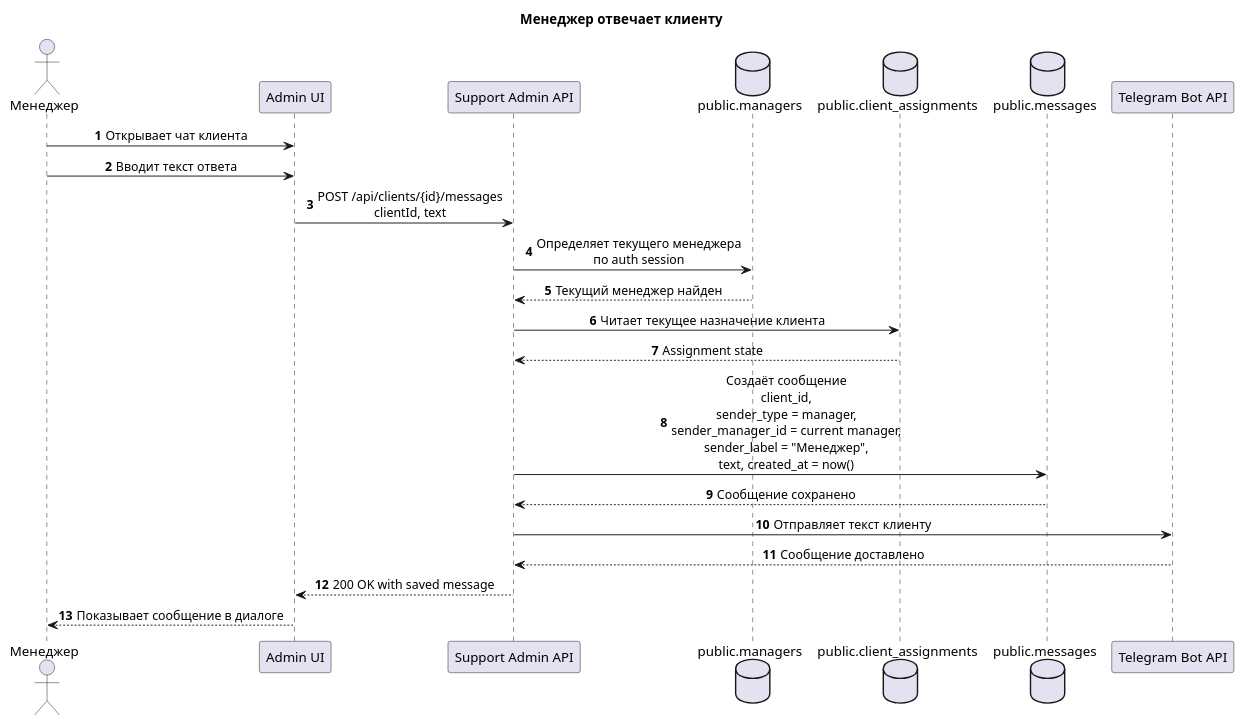
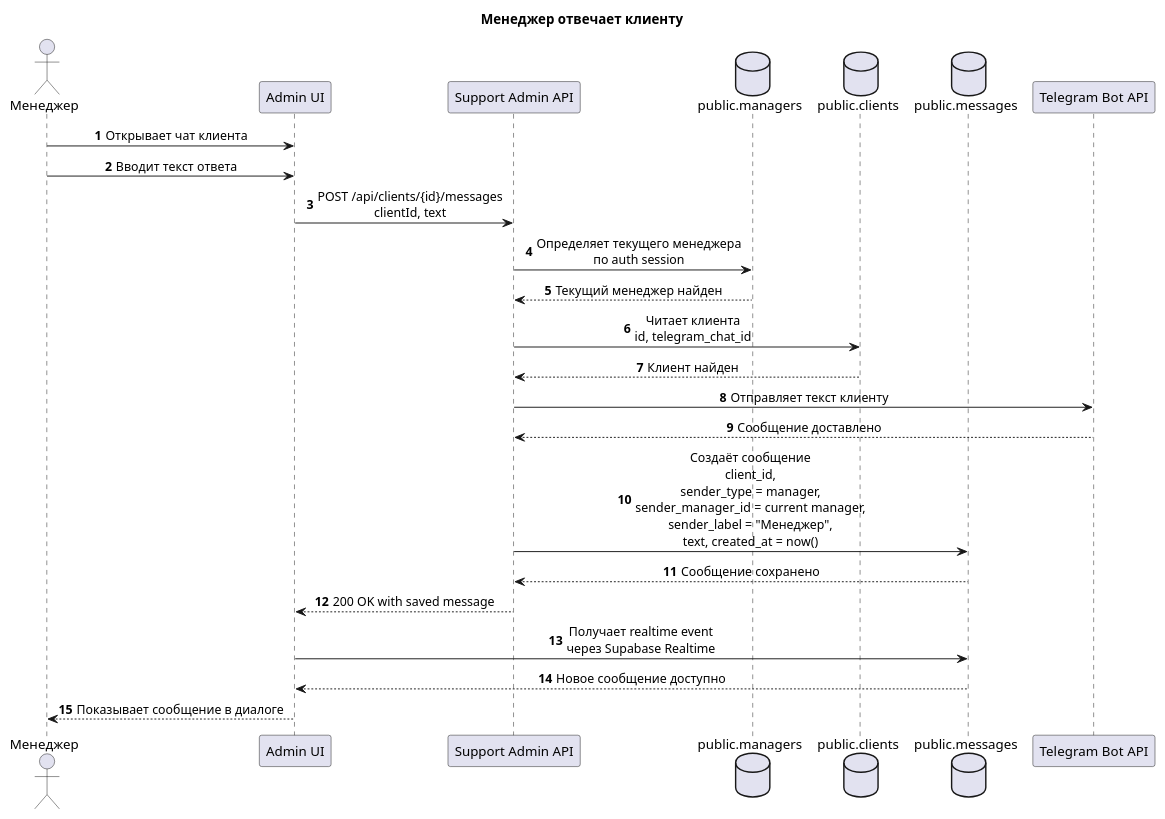
Before and after one commit to Ilja-Prihach/Full_Stack_Bot.-: the diagram in docs/sequence/03-manager-replies-to-client.puml, drawn with PlantUML. The commit also changed 4 other files, not shown here.

Commit message:
sync architecture diagrams with current implementation

```diff
--- a/docs/sequence/03-manager-replies-to-client.puml
+++ b/docs/sequence/03-manager-replies-to-client.puml
@@ -1,31 +1,33 @@
 @startuml
 title Менеджер отвечает клиенту
 
 autonumber
 skinparam shadowing false
 skinparam sequenceMessageAlign center
 skinparam responseMessageBelowArrow true
 
 actor "Менеджер" as manager
 participant "Admin UI" as ui
 participant "Support Admin API" as api
 database "public.managers" as managers
-database "public.client_assignments" as assignments
+database "public.clients" as clients
 database "public.messages" as messages
 participant "Telegram Bot API" as telegram
 
 manager -> ui : Открывает чат клиента
 manager -> ui : Вводит текст ответа
 ui -> api : POST /api/clients/{id}/messages\nclientId, text
 api -> managers : Определяет текущего менеджера\nпо auth session
 managers --> api : Текущий менеджер найден
-api -> assignments : Читает текущее назначение клиента
-assignments --> api : Assignment state
+api -> clients : Читает клиента\nid, telegram_chat_id
+clients --> api : Клиент найден
+api -> telegram : Отправляет текст клиенту
+telegram --> api : Сообщение доставлено
 api -> messages : Создаёт сообщение\nclient_id,\nsender_type = manager,\nsender_manager_id = current manager,\nsender_label = "Менеджер",\ntext, created_at = now()
 messages --> api : Сообщение сохранено
-api -> telegram : Отправляет текст клиенту
-telegram --> api : Сообщение доставлено
 api --> ui : 200 OK with saved message
+ui -> messages : Получает realtime event\nчерез Supabase Realtime
+messages --> ui : Новое сообщение доступно
 ui --> manager : Показывает сообщение в диалоге
 
 @enduml
```
